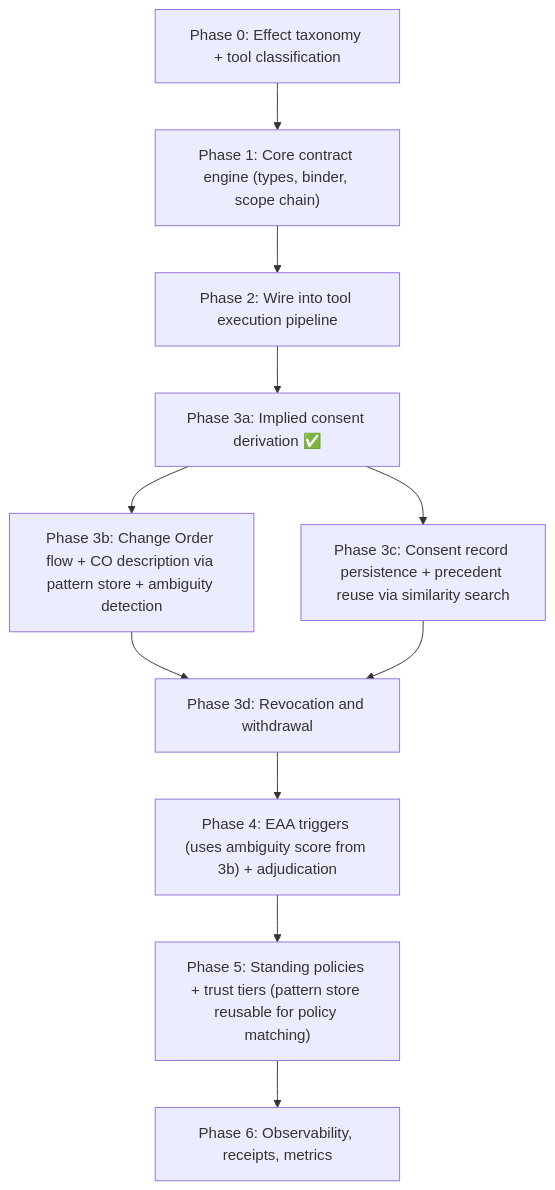
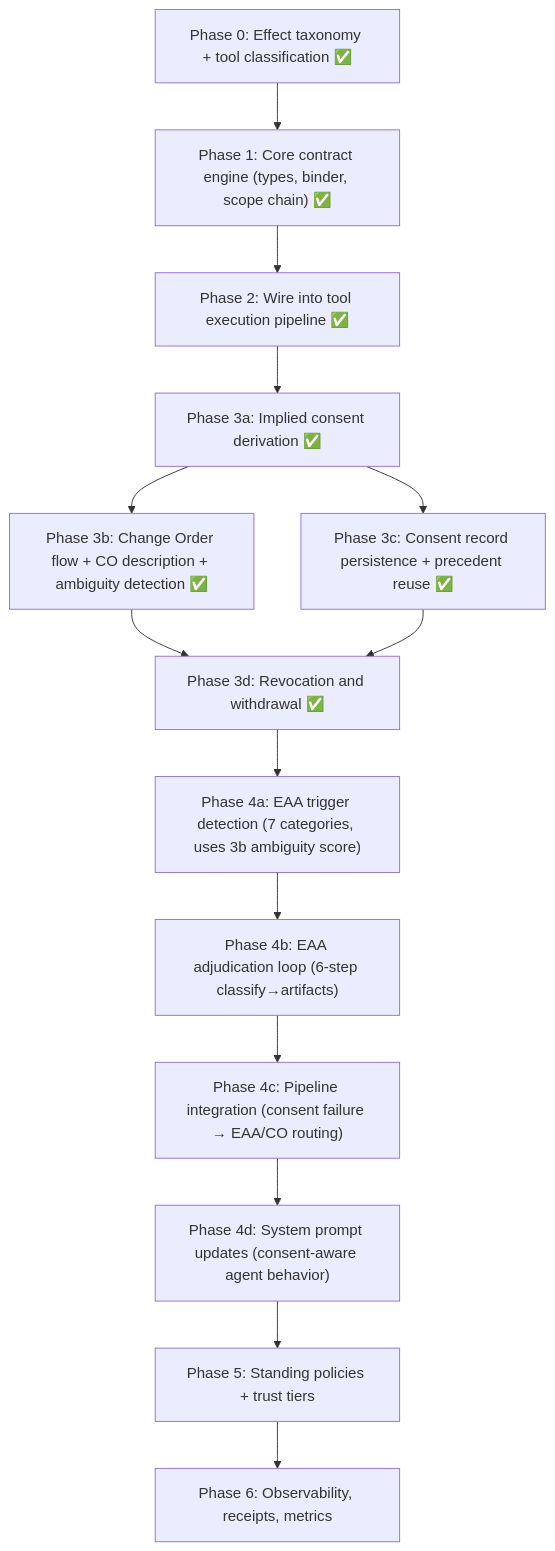
One commit to AgenticToaster/CBAClaw changed the diagram in plans/consent-bound_agency_sac_51bf982e.plan.md. Above: the diagram before and after it, drawn with Mermaid. The commit also changed other lines of this file and 5 other files, not shown here.

````diff
--- a/plans/consent-bound_agency_sac_51bf982e.plan.md
+++ b/plans/consent-bound_agency_sac_51bf982e.plan.md
@@ -407,13 +734,16 @@
 ```mermaid
 flowchart TD
-    P0["Phase 0: Effect taxonomy + tool classification"] --> P1["Phase 1: Core contract engine (types, binder, scope chain)"]
-    P1 --> P2["Phase 2: Wire into tool execution pipeline"]
+    P0["Phase 0: Effect taxonomy + tool classification ✅"] --> P1["Phase 1: Core contract engine (types, binder, scope chain) ✅"]
+    P1 --> P2["Phase 2: Wire into tool execution pipeline ✅"]
     P2 --> P3a["Phase 3a: Implied consent derivation ✅"]
-    P3a --> P3b["Phase 3b: Change Order flow + CO description via pattern store + ambiguity detection"]
-    P3a --> P3c["Phase 3c: Consent record persistence + precedent reuse via similarity search"]
-    P3b --> P3d["Phase 3d: Revocation and withdrawal"]
+    P3a --> P3b["Phase 3b: Change Order flow + CO description + ambiguity detection ✅"]
+    P3a --> P3c["Phase 3c: Consent record persistence + precedent reuse ✅"]
+    P3b --> P3d["Phase 3d: Revocation and withdrawal ✅"]
     P3c --> P3d
-    P3d --> P4["Phase 4: EAA triggers (uses ambiguity score from 3b) + adjudication"]
-    P4 --> P5["Phase 5: Standing policies + trust tiers (pattern store reusable for policy matching)"]
+    P3d --> P4a["Phase 4a: EAA trigger detection (7 categories, uses 3b ambiguity score)"]
+    P4a --> P4b["Phase 4b: EAA adjudication loop (6-step classify→artifacts)"]
+    P4b --> P4c["Phase 4c: Pipeline integration (consent failure → EAA/CO routing)"]
+    P4c --> P4d["Phase 4d: System prompt updates (consent-aware agent behavior)"]
+    P4d --> P5["Phase 5: Standing policies + trust tiers"]
     P5 --> P6["Phase 6: Observability, receipts, metrics"]
 ```
````
